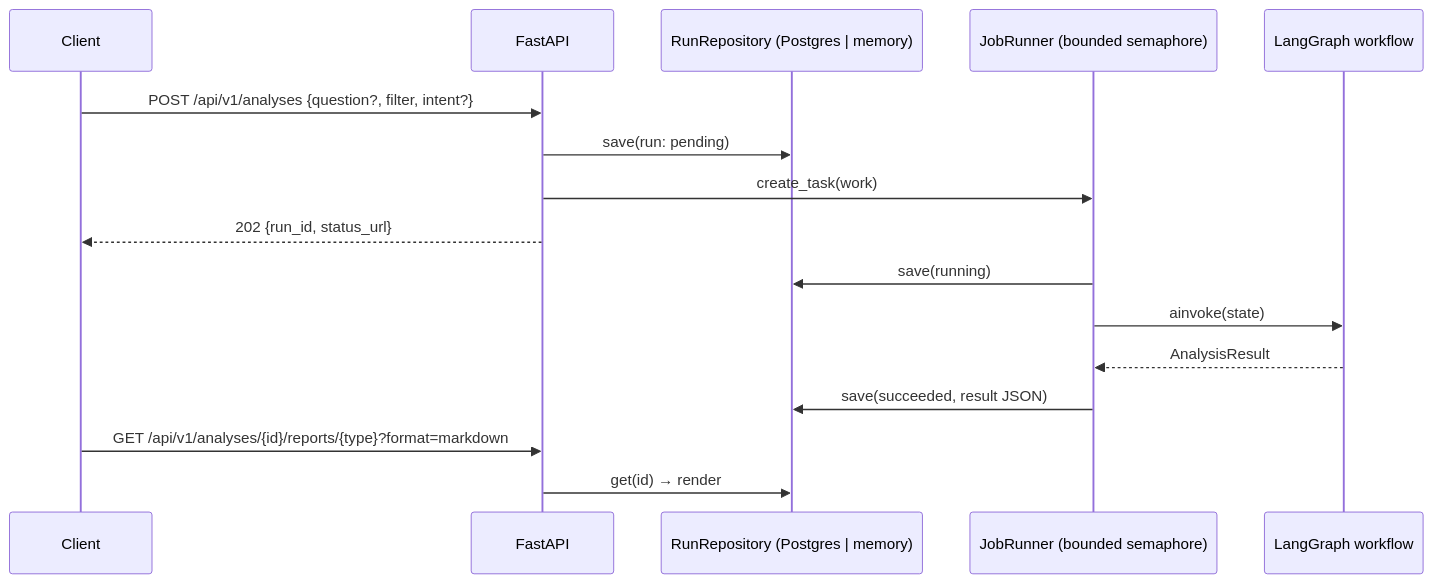
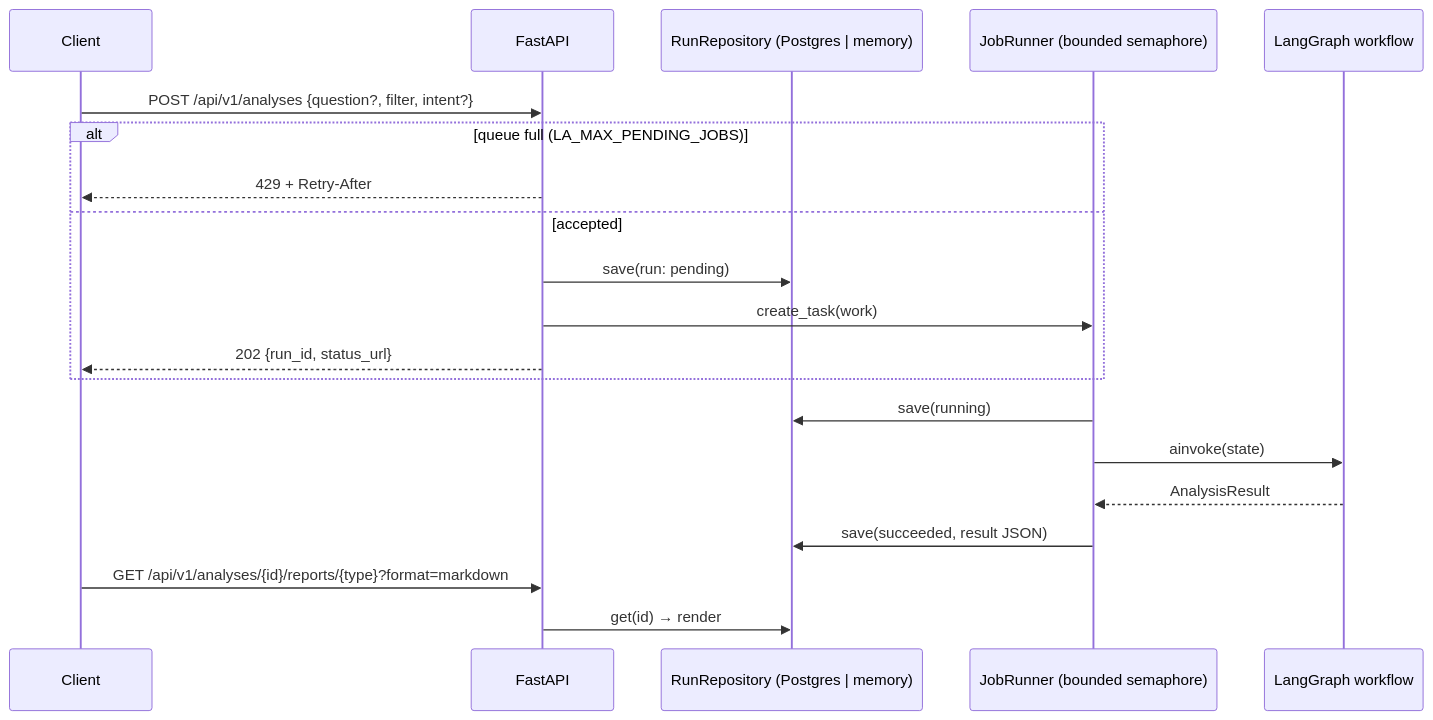
One commit to Aminul1993/Log-Parser changed the fifth of 6 diagrams in docs/ARCHITECTURE.md. Above: the diagram before and after it, drawn with Mermaid. The commit also changed other lines of this file and 24 other files, not shown here.

````diff
--- a/docs/ARCHITECTURE.md
+++ b/docs/ARCHITECTURE.md
@@ -156,19 +156,23 @@
 ```mermaid
 sequenceDiagram
     participant C as Client
     participant API as FastAPI
     participant R as RunRepository (Postgres | memory)
     participant J as JobRunner (bounded semaphore)
     participant G as LangGraph workflow
 
     C->>API: POST /api/v1/analyses {question?, filter, intent?}
-    API->>R: save(run: pending)
-    API->>J: create_task(work)
-    API-->>C: 202 {run_id, status_url}
+    alt queue full (LA_MAX_PENDING_JOBS)
+        API-->>C: 429 + Retry-After
+    else accepted
+        API->>R: save(run: pending)
+        API->>J: create_task(work)
+        API-->>C: 202 {run_id, status_url}
+    end
     J->>R: save(running)
     J->>G: ainvoke(state)
     G-->>J: AnalysisResult
     J->>R: save(succeeded, result JSON)
     C->>API: GET /api/v1/analyses/{id}/reports/{type}?format=markdown
     API->>R: get(id) → render
 ```
````
